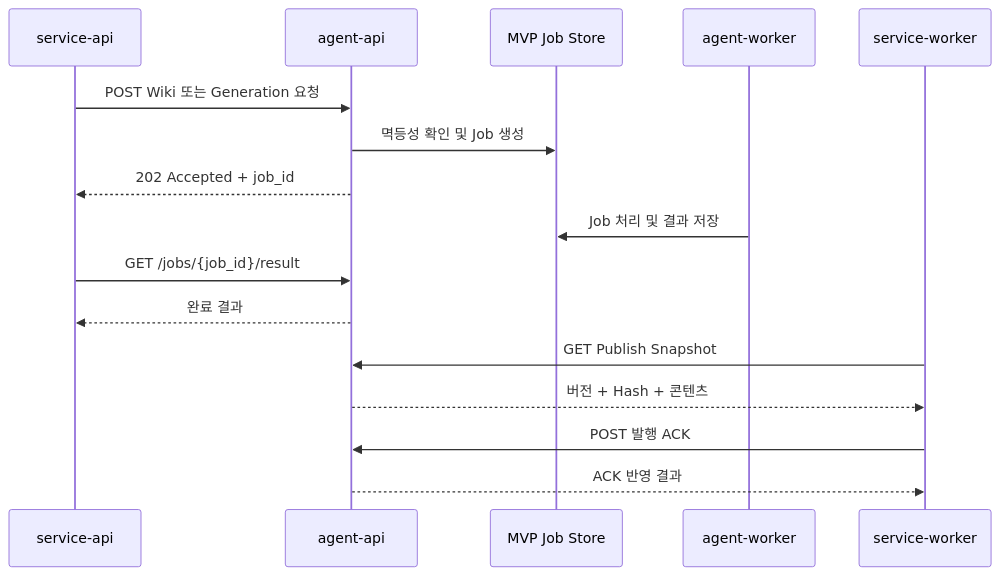
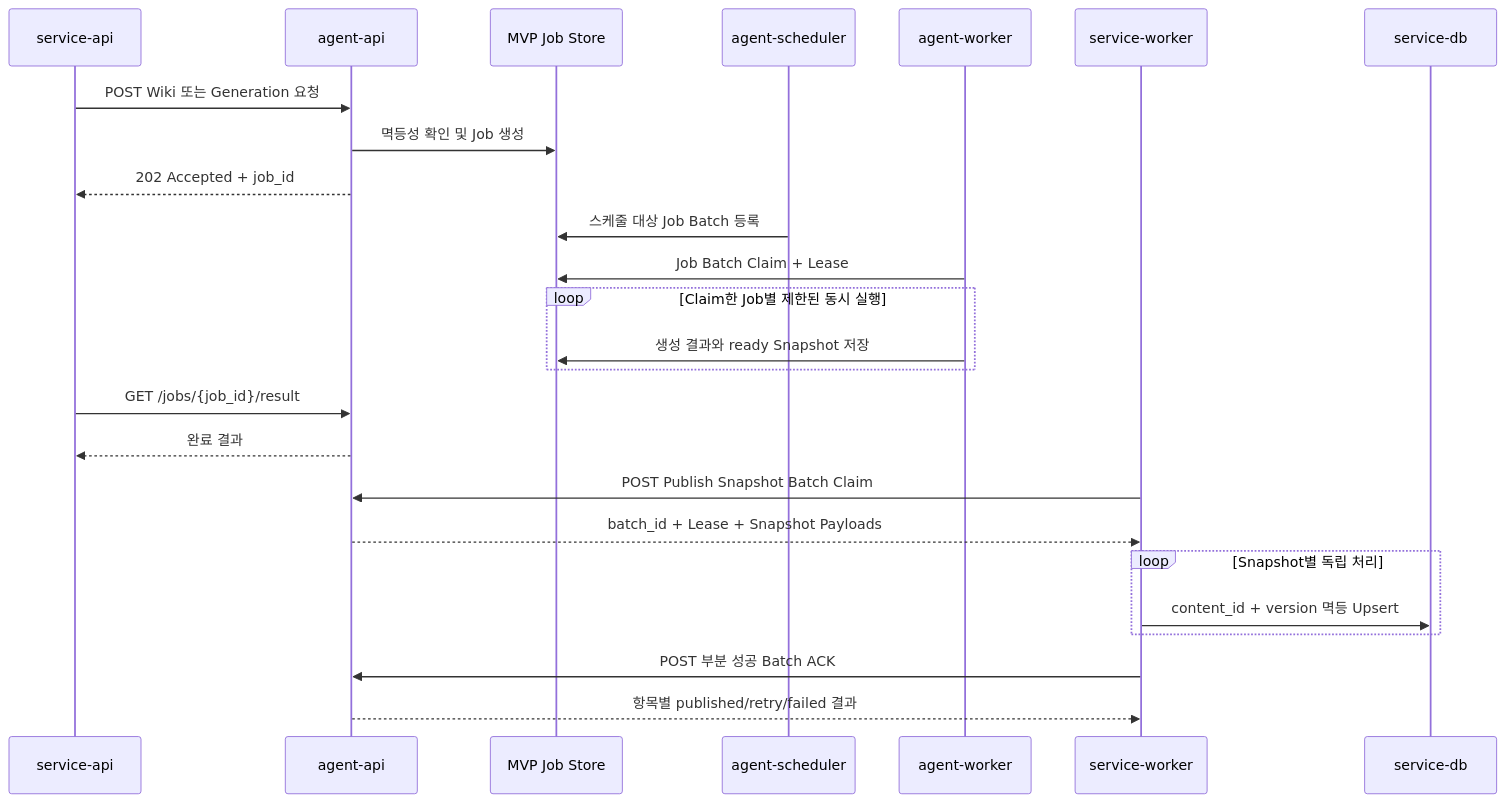
One commit to hk-toss-final-project/bambi-agent-api changed the diagram in docs/fastapi-mvp-api.md. Above: the diagram before and after it, drawn with Mermaid. The commit also changed other lines of this file and 5 other files, not shown here.

````diff
--- a/docs/fastapi-mvp-api.md
+++ b/docs/fastapi-mvp-api.md
@@ -46,19 +164,28 @@
 ```mermaid
 sequenceDiagram
     participant ServiceAPI as service-api
     participant AgentAPI as agent-api
     participant JobStore as MVP Job Store
+    participant Scheduler as agent-scheduler
     participant Worker as agent-worker
     participant ServiceWorker as service-worker
+    participant ServiceDB as service-db
 
     ServiceAPI->>AgentAPI: POST Wiki 또는 Generation 요청
     AgentAPI->>JobStore: 멱등성 확인 및 Job 생성
     AgentAPI-->>ServiceAPI: 202 Accepted + job_id
-    Worker->>JobStore: Job 처리 및 결과 저장
+    Scheduler->>JobStore: 스케줄 대상 Job Batch 등록
+    Worker->>JobStore: Job Batch Claim + Lease
+    loop Claim한 Job별 제한된 동시 실행
+        Worker->>JobStore: 생성 결과와 ready Snapshot 저장
+    end
     ServiceAPI->>AgentAPI: GET /jobs/{job_id}/result
     AgentAPI-->>ServiceAPI: 완료 결과
-    ServiceWorker->>AgentAPI: GET Publish Snapshot
-    AgentAPI-->>ServiceWorker: 버전 + Hash + 콘텐츠
-    ServiceWorker->>AgentAPI: POST 발행 ACK
-    AgentAPI-->>ServiceWorker: ACK 반영 결과
+    ServiceWorker->>AgentAPI: POST Publish Snapshot Batch Claim
+    AgentAPI-->>ServiceWorker: batch_id + Lease + Snapshot Payloads
+    loop Snapshot별 독립 처리
+        ServiceWorker->>ServiceDB: content_id + version 멱등 Upsert
+    end
+    ServiceWorker->>AgentAPI: POST 부분 성공 Batch ACK
+    AgentAPI-->>ServiceWorker: 항목별 published/retry/failed 결과
 ```
````
